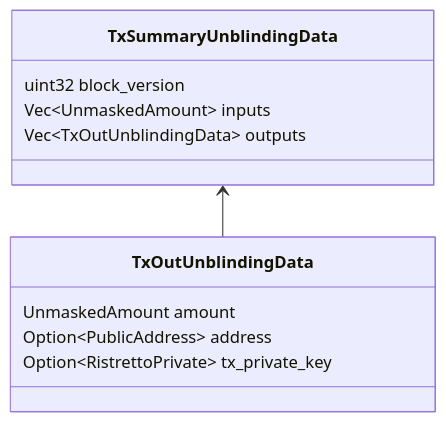
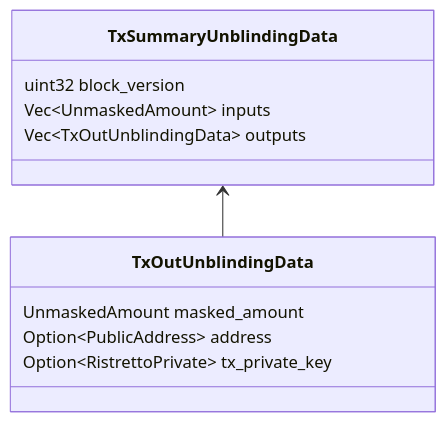
One commit to mobilecoinfoundation/mcips changed the fifth of 5 diagrams in text/0052-tx-summary-digest.md. Above: the diagram before and after it, drawn with Mermaid. The commit also changed other lines of this file, not shown here.

````diff
--- a/text/0052-tx-summary-digest.md
+++ b/text/0052-tx-summary-digest.md
@@ -300,11 +300,11 @@
 ```mermaid
 classDiagram
 direction BT
 TxOutUnblindingData --> TxSummaryUnblindingData
 TxSummaryUnblindingData: uint32 block_version
 TxSummaryUnblindingData: Vec~UnmaskedAmount~ inputs
 TxSummaryUnblindingData: Vec~TxOutUnblindingData~ outputs
-TxOutUnblindingData: UnmaskedAmount amount
+TxOutUnblindingData: UnmaskedAmount masked_amount
 TxOutUnblindingData: Option~PublicAddress~ address
 TxOutUnblindingData: Option~RistrettoPrivate~ tx_private_key
 ```
````
